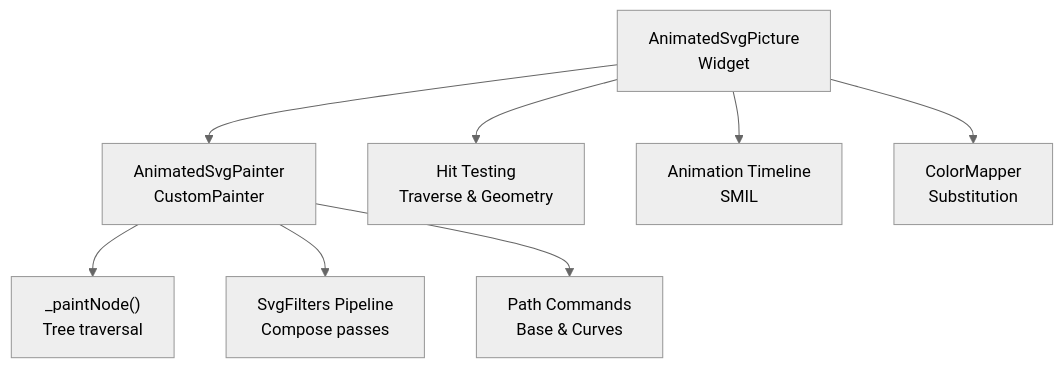
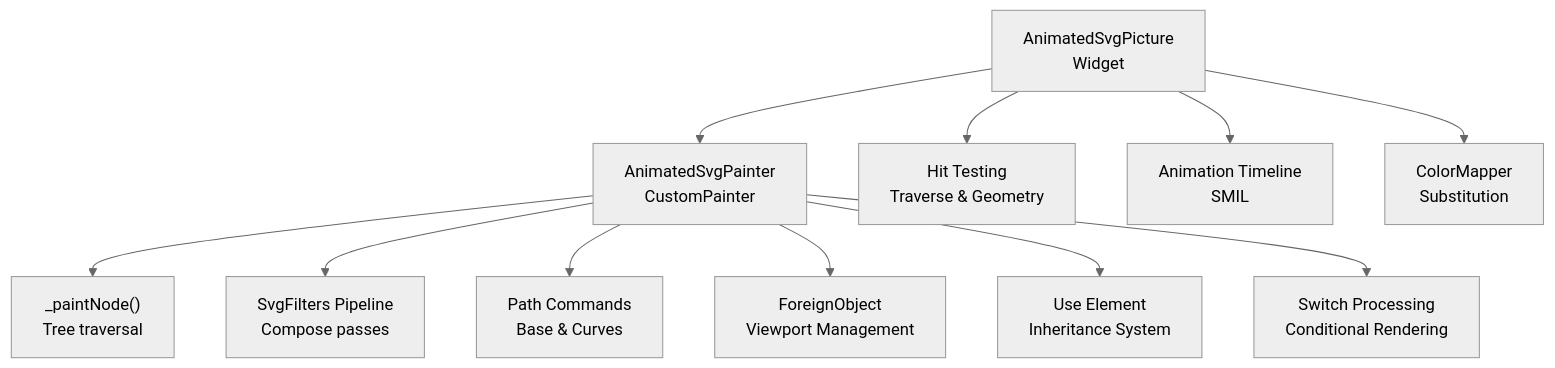
Before and after one commit to denisnadey/flutter_full_svg_support: the first of 9 diagrams in .qoder/repowiki/en/content/Advanced Features/Advanced Features.md, drawn with Mermaid (neutral theme). The commit also changed other lines of this file and 40 other files, not shown here.

````diff
--- a/.qoder/repowiki/en/content/Advanced Features/Advanced Features.md
+++ b/.qoder/repowiki/en/content/Advanced Features/Advanced Features.md
@@ -54,10 +69,13 @@
 ```mermaid
 graph TB
 AP["AnimatedSvgPicture<br/>Widget"] --> P["AnimatedSvgPainter<br/>CustomPainter"]
 P --> Tree["_paintNode()<br/>Tree traversal"]
 P --> Filters["SvgFilters Pipeline<br/>Compose passes"]
 AP --> HT["Hit Testing<br/>Traverse & Geometry"]
 AP --> Anim["Animation Timeline<br/>SMIL"]
 P --> Paths["Path Commands<br/>Base & Curves"]
 AP --> CM["ColorMapper<br/>Substitution"]
+P --> FO["ForeignObject<br/>Viewport Management"]
+P --> Use["Use Element<br/>Inheritance System"]
+P --> Switch["Switch Processing<br/>Conditional Rendering"]
 ```
````
